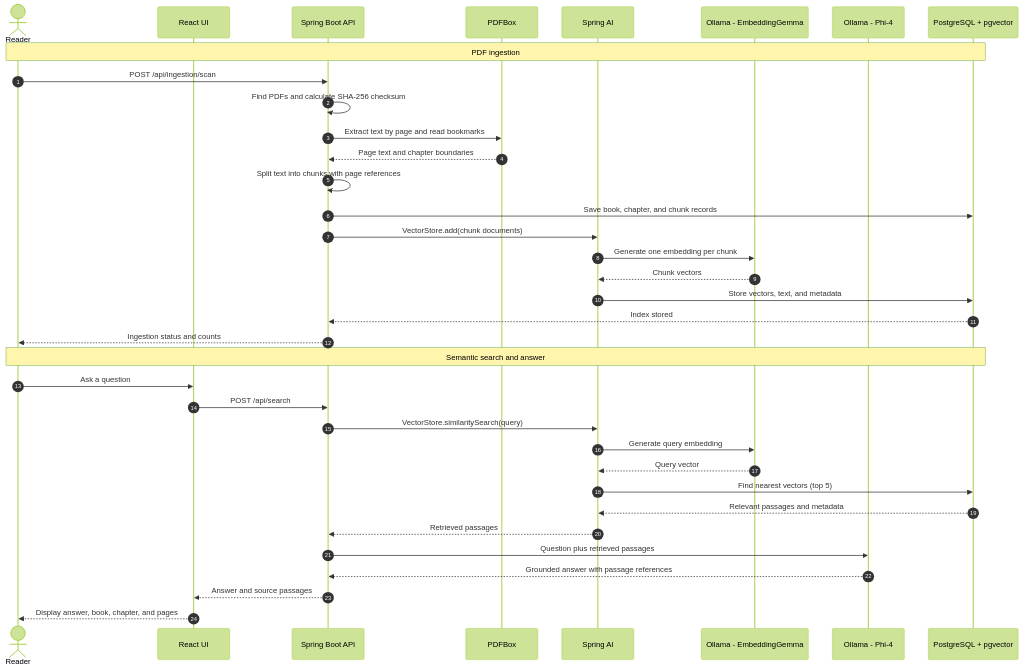
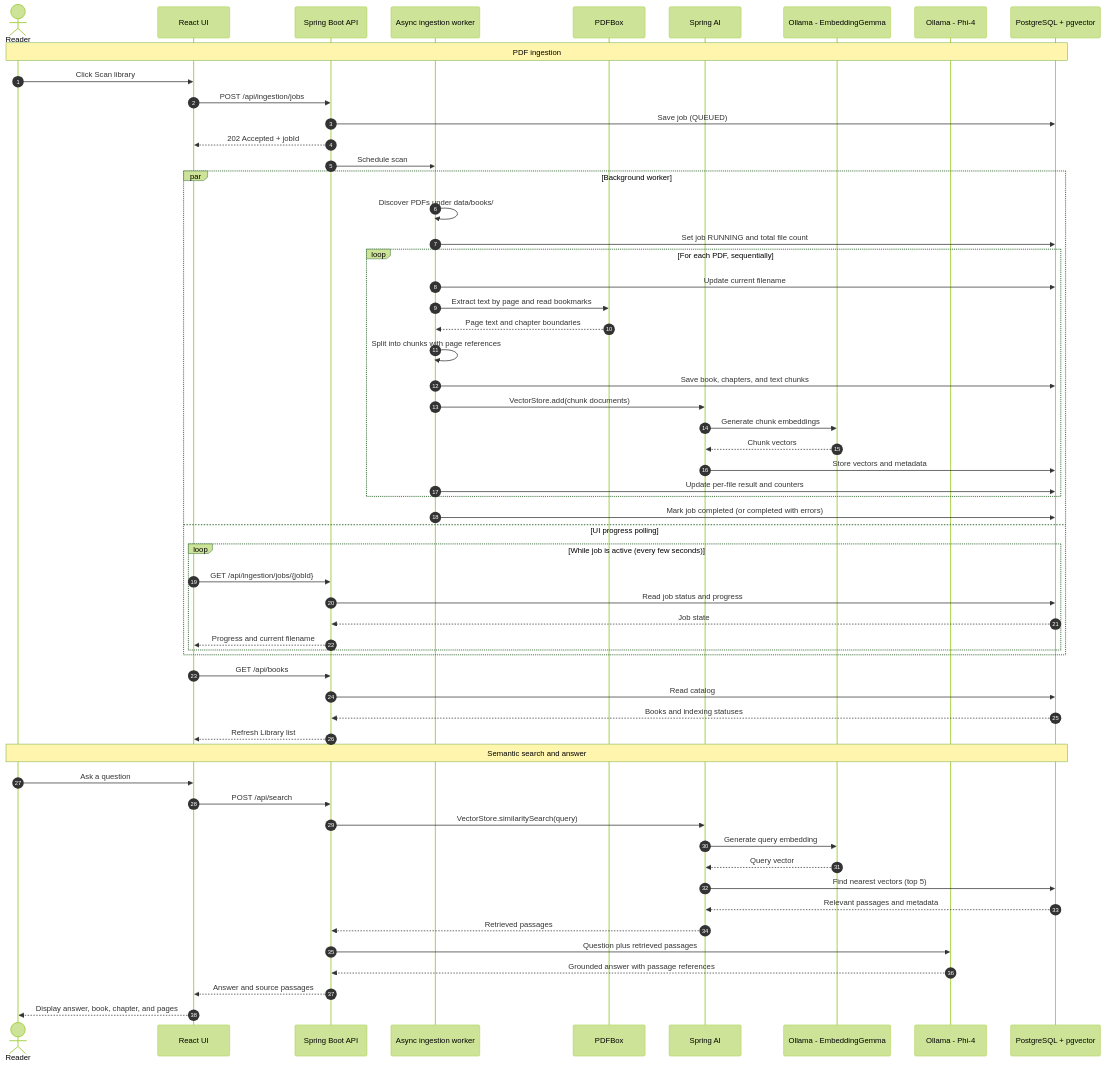
One commit to juanmorschrott/custom-rag changed the diagram in docs/architecture.md. Above: the diagram before and after it, drawn with Mermaid (forest theme). The commit also changed other lines of this file and 16 other files, not shown here.

Commit message:
feat: Make books injest async

````diff
--- a/docs/architecture.md
+++ b/docs/architecture.md
@@ -19,40 +19,62 @@
 ```mermaid
 sequenceDiagram
     autonumber
     actor Reader
     participant UI as React UI
     participant API as Spring Boot API
+    participant Worker as Async ingestion worker
     participant PDF as PDFBox
     participant AI as Spring AI
     participant Embed as Ollama - EmbeddingGemma
     participant LLM as Ollama - Phi-4
     participant DB as PostgreSQL + pgvector
 
     Note over Reader,DB: PDF ingestion
-    Reader->>API: POST /api/ingestion/scan
-    API->>API: Find PDFs and calculate SHA-256 checksum
-    API->>PDF: Extract text by page and read bookmarks
-    PDF-->>API: Page text and chapter boundaries
-    API->>API: Split text into chunks with page references
-    API->>DB: Save book, chapter, and chunk records
-    API->>AI: VectorStore.add(chunk documents)
-    AI->>Embed: Generate one embedding per chunk
-    Embed-->>AI: Chunk vectors
-    AI->>DB: Store vectors, text, and metadata
-    DB-->>API: Index stored
-    API-->>Reader: Ingestion status and counts
+    Reader->>UI: Click Scan library
+    UI->>API: POST /api/ingestion/jobs
+    API->>DB: Save job (QUEUED)
+    API-->>UI: 202 Accepted + jobId
+    API->>Worker: Schedule scan
+    par Background worker
+        Worker->>Worker: Discover PDFs under data/books/
+        Worker->>DB: Set job RUNNING and total file count
+        loop For each PDF, sequentially
+            Worker->>DB: Update current filename
+            Worker->>PDF: Extract text by page and read bookmarks
+            PDF-->>Worker: Page text and chapter boundaries
+            Worker->>Worker: Split into chunks with page references
+            Worker->>DB: Save book, chapters, and text chunks
+            Worker->>AI: VectorStore.add(chunk documents)
+            AI->>Embed: Generate chunk embeddings
+            Embed-->>AI: Chunk vectors
+            AI->>DB: Store vectors and metadata
+            Worker->>DB: Update per-file result and counters
+        end
+        Worker->>DB: Mark job completed (or completed with errors)
+    and UI progress polling
+        loop While job is active (every few seconds)
+            UI->>API: GET /api/ingestion/jobs/{jobId}
+            API->>DB: Read job status and progress
+            DB-->>API: Job state
+            API-->>UI: Progress and current filename
+        end
+    end
+    UI->>API: GET /api/books
+    API->>DB: Read catalog
+    DB-->>API: Books and indexing statuses
+    API-->>UI: Refresh Library list
 
     Note over Reader,DB: Semantic search and answer
     Reader->>UI: Ask a question
     UI->>API: POST /api/search
     API->>AI: VectorStore.similaritySearch(query)
     AI->>Embed: Generate query embedding
     Embed-->>AI: Query vector
     AI->>DB: Find nearest vectors (top 5)
     DB-->>AI: Relevant passages and metadata
     AI-->>API: Retrieved passages
     API->>LLM: Question plus retrieved passages
     LLM-->>API: Grounded answer with passage references
     API-->>UI: Answer and source passages
     UI-->>Reader: Display answer, book, chapter, and pages
 ```
````
